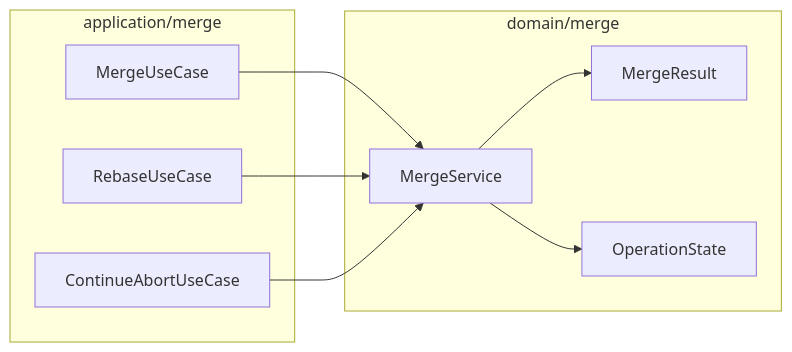
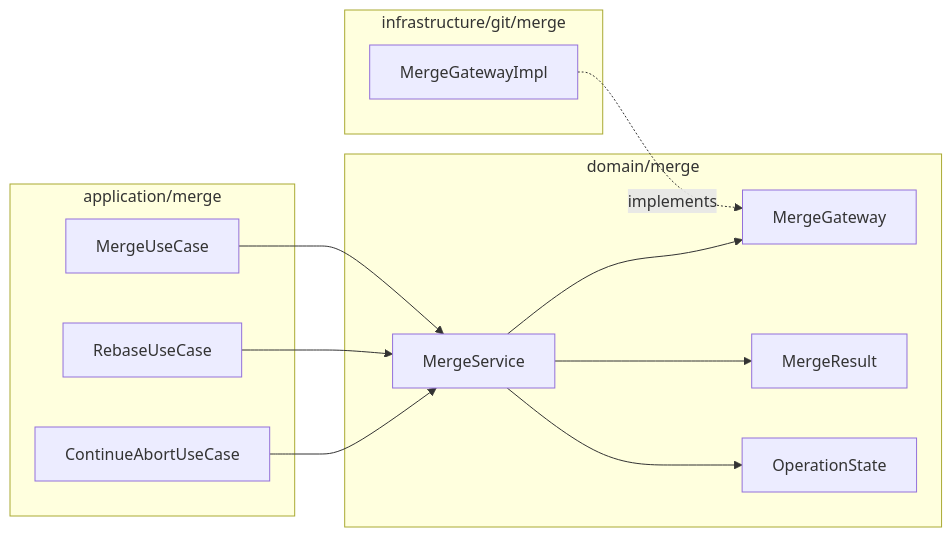
Before and after one commit to biuea3866/gitkraken-clone-app: the second of 2 diagrams in tickets/UND-21-merge-rebase-execution.md, drawn with Mermaid. The commit also changed other lines of this file and 26 other files, not shown here.

````diff
--- a/tickets/UND-21-merge-rebase-execution.md
+++ b/tickets/UND-21-merge-rebase-execution.md
@@ -59,18 +59,24 @@
 ```mermaid
 flowchart LR
     subgraph domain["domain/merge"]
+        Gateway[MergeGateway]
         Svc[MergeService]
         Result[MergeResult]
         State[OperationState]
     end
     subgraph app["application/merge"]
         MergeUC[MergeUseCase]
         RebaseUC[RebaseUseCase]
         ControlUC[ContinueAbortUseCase]
     end
+    subgraph infra["infrastructure/git/merge"]
+        Impl[MergeGatewayImpl]
+    end
     MergeUC --> Svc
     RebaseUC --> Svc
     ControlUC --> Svc
+    Svc --> Gateway
     Svc --> Result
     Svc --> State
+    Impl -.->|implements| Gateway
 ```
````
